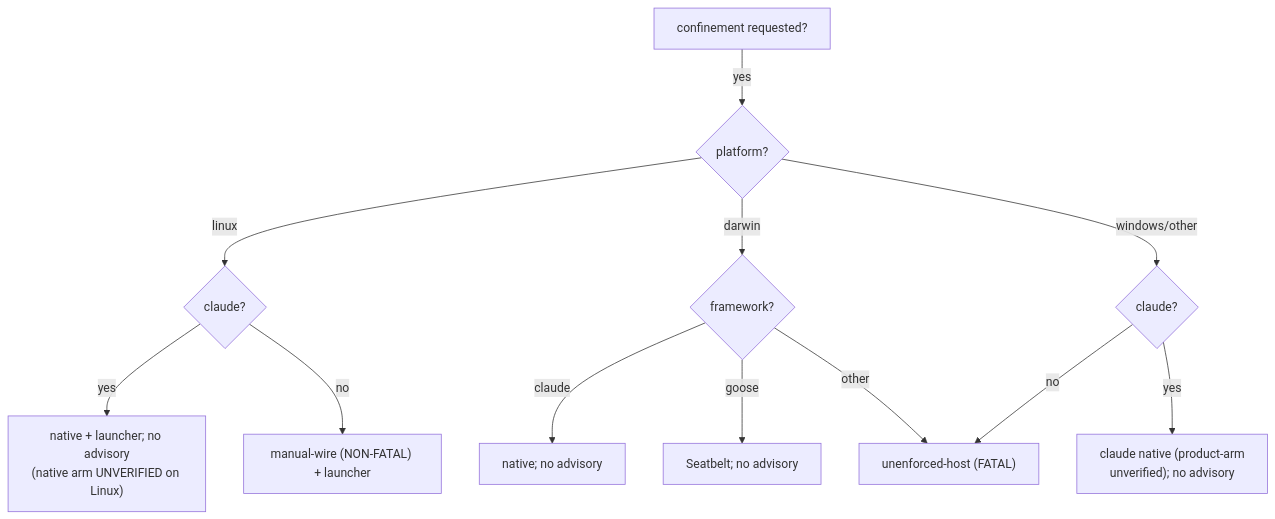
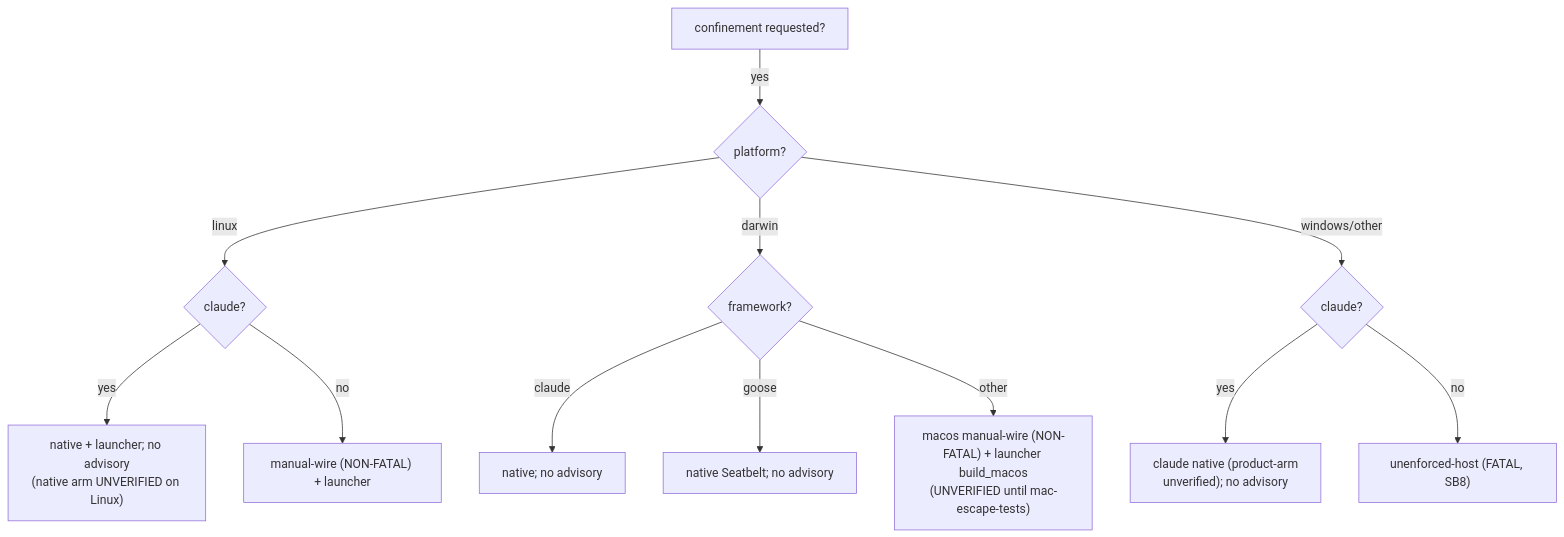
Before and after one commit to jlcatonjr/agentteams: the diagram in docs_src/agentteams-sandboxing-guide/for-developers/part-iii-the-decision.md, drawn with Mermaid. The commit also changed other lines of this file and 16 other files, not shown here.

First line of the commit message:
docs(sandboxing): document the macOS augmentation of the confinement launcher

````diff
--- a/docs_src/agentteams-sandboxing-guide/for-developers/part-iii-the-decision.md
+++ b/docs_src/agentteams-sandboxing-guide/for-developers/part-iii-the-decision.md
@@ -21,14 +28,14 @@
 ```mermaid
 flowchart TD
     Q["confinement requested?"] -->|yes| P{platform?}
     P -->|linux| FW{claude?}
     FW -->|yes| CN["native + launcher; no advisory<br/>(native arm UNVERIFIED on Linux)"]
     FW -->|no| ML["manual-wire (NON-FATAL) + launcher"]
     P -->|darwin| DF{framework?}
     DF -->|claude| CN2["native; no advisory"]
-    DF -->|goose| SBn["Seatbelt; no advisory"]
-    DF -->|other| UH["unenforced-host (FATAL)"]
+    DF -->|goose| SBn["native Seatbelt; no advisory"]
+    DF -->|other| MM["macos manual-wire (NON-FATAL) + launcher build_macos<br/>(UNVERIFIED until mac-escape-tests)"]
     P -->|windows/other| WF{claude?}
     WF -->|yes| CW["claude native (product-arm<br/>unverified); no advisory"]
-    WF -->|no| UH
+    WF -->|no| UH["unenforced-host (FATAL, SB8)"]
 ```
````
